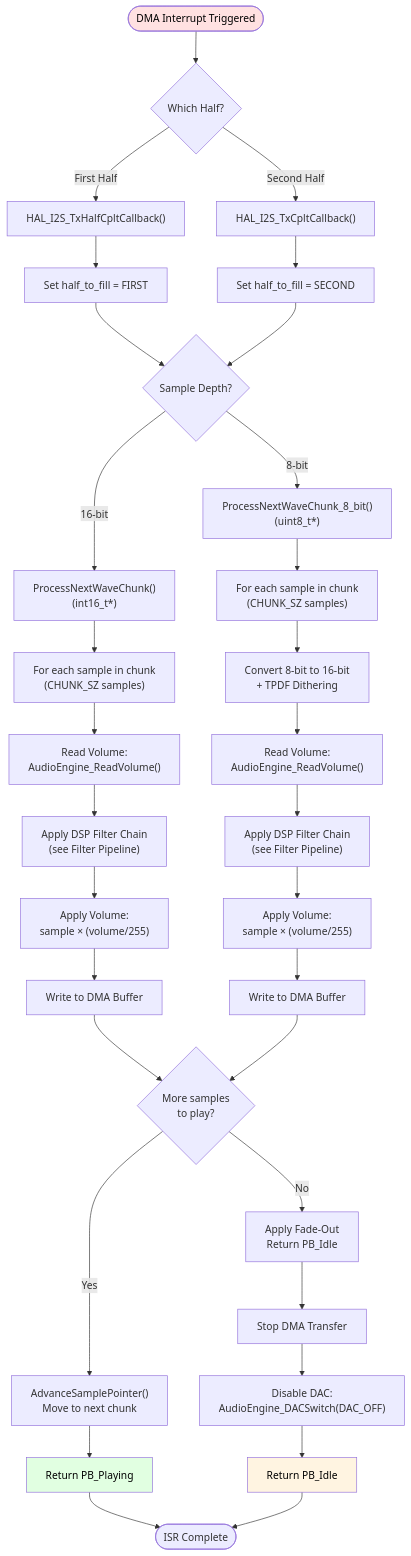
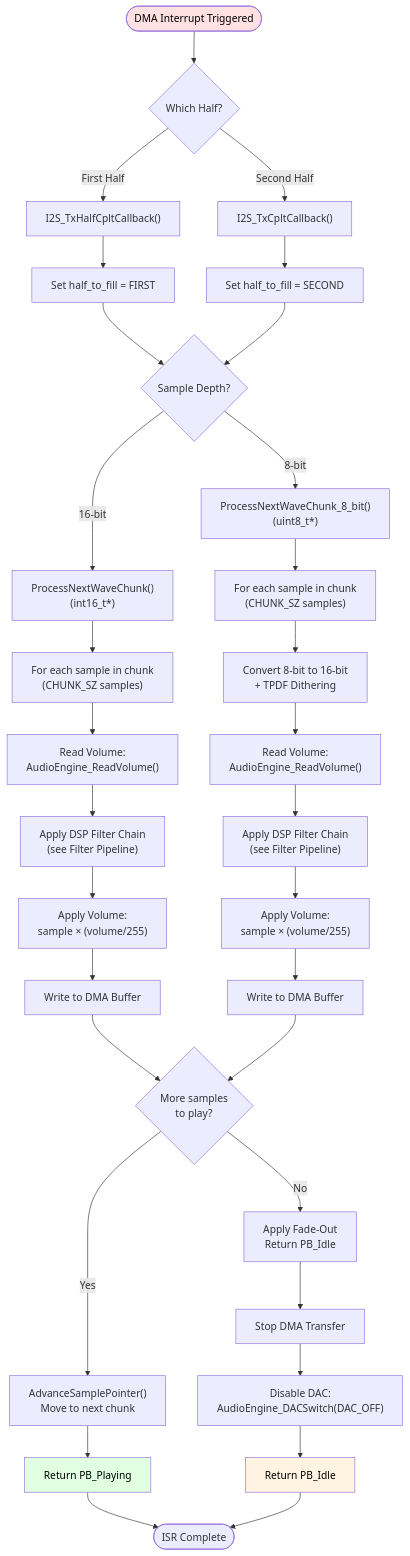
Before and after one commit to JennyDigital/GD32WavePlayer: the third of 10 diagrams in Docs/AUDIO_ENGINE_FLOWCHART.md, drawn with Mermaid. The commit also changed other lines of this file and 19 other files, not shown here.

````diff
--- a/Docs/AUDIO_ENGINE_FLOWCHART.md
+++ b/Docs/AUDIO_ENGINE_FLOWCHART.md
@@ -109,51 +109,51 @@
 ```mermaid
 flowchart TD
   DMAInt([DMA Interrupt Triggered]) --> WhichHalf{Which Half?}
   
-  WhichHalf -->|First Half| HalfCplt["HAL_I2S_TxHalfCpltCallback()"]
-  WhichHalf -->|Second Half| FullCplt["HAL_I2S_TxCpltCallback()"]
+  WhichHalf -->|First Half| HalfCplt["I2S_TxHalfCpltCallback()"]
+  WhichHalf -->|Second Half| FullCplt["I2S_TxCpltCallback()"]
   
   HalfCplt --> SetHalf1["Set half_to_fill = FIRST"]
   FullCplt --> SetHalf2["Set half_to_fill = SECOND"]
   
   SetHalf1 --> CheckDepth1{Sample Depth?}
   SetHalf2 --> CheckDepth1
   
   CheckDepth1 -->|16-bit| Process16["ProcessNextWaveChunk()<br/>(int16_t*)"]
   CheckDepth1 -->|8-bit| Process8["ProcessNextWaveChunk_8_bit()<br/>(uint8_t*)"]
   
   Process16 --> ChunkLoop16["For each sample in chunk<br/>(CHUNK_SZ samples)"]
   Process8 --> ChunkLoop8["For each sample in chunk<br/>(CHUNK_SZ samples)"]
   
   ChunkLoop16 --> ReadVol16["Read Volume:<br/>AudioEngine_ReadVolume()"]
   ChunkLoop8 --> Convert8to16["Convert 8-bit to 16-bit<br/>+ TPDF Dithering"]
   
   Convert8to16 --> ReadVol8["Read Volume:<br/>AudioEngine_ReadVolume()"]
   
   ReadVol16 --> ApplyFilters16["Apply DSP Filter Chain<br/>(see Filter Pipeline)"]
   ReadVol8 --> ApplyFilters8["Apply DSP Filter Chain<br/>(see Filter Pipeline)"]
   
   ApplyFilters16 --> ApplyVol16["Apply Volume:<br/>sample × (volume/255)"]
   ApplyFilters8 --> ApplyVol8["Apply Volume:<br/>sample × (volume/255)"]
   
   ApplyVol16 --> WriteBuffer16["Write to DMA Buffer"]
   ApplyVol8 --> WriteBuffer8["Write to DMA Buffer"]
   
   WriteBuffer16 --> CheckEnd{More samples<br/>to play?}
   WriteBuffer8 --> CheckEnd
   
   CheckEnd -->|Yes| AdvancePtr["AdvanceSamplePointer()<br/>Move to next chunk"]
   CheckEnd -->|No| FadeOut["Apply Fade-Out<br/>Return PB_Idle"]
   
   AdvancePtr --> ReturnPlaying[Return PB_Playing]
   FadeOut --> StopDMA["Stop DMA Transfer"]
   StopDMA --> DisableDAC["Disable DAC:<br/>AudioEngine_DACSwitch(DAC_OFF)"]
   DisableDAC --> ReturnIdle[Return PB_Idle]
   
   ReturnPlaying --> ISRExit([ISR Complete])
   ReturnIdle --> ISRExit
 
   style DMAInt fill:#ffe1e1,color:#000000
   style ReturnPlaying fill:#e1ffe1,color:#000000
   style ReturnIdle fill:#fff4e1,color:#000000
 ```
````
